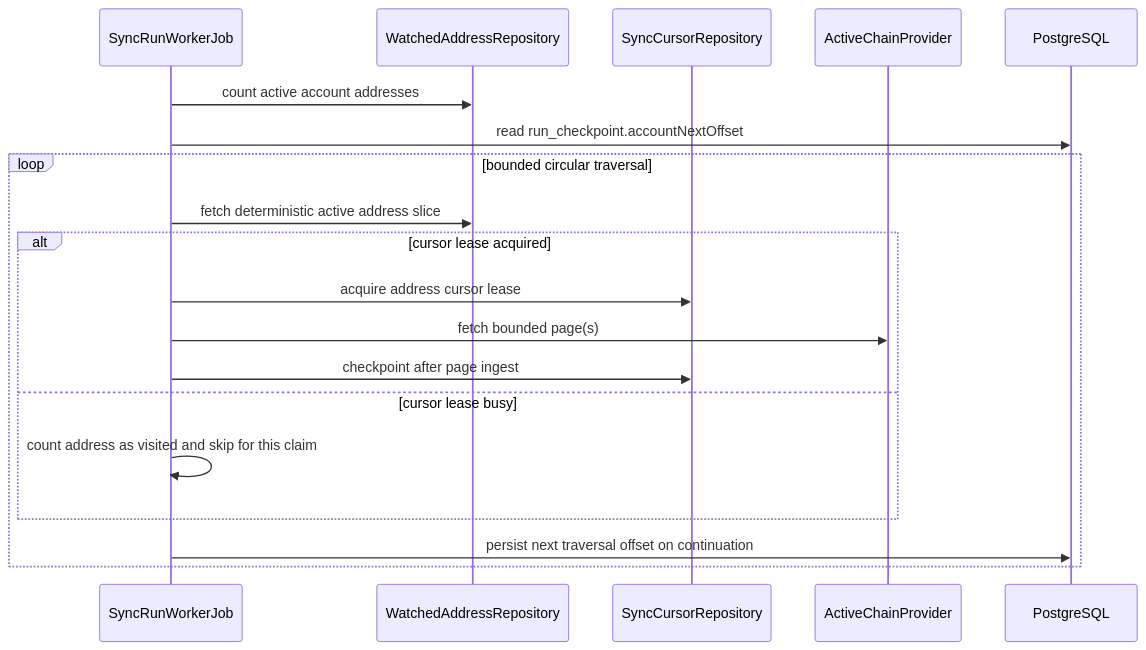
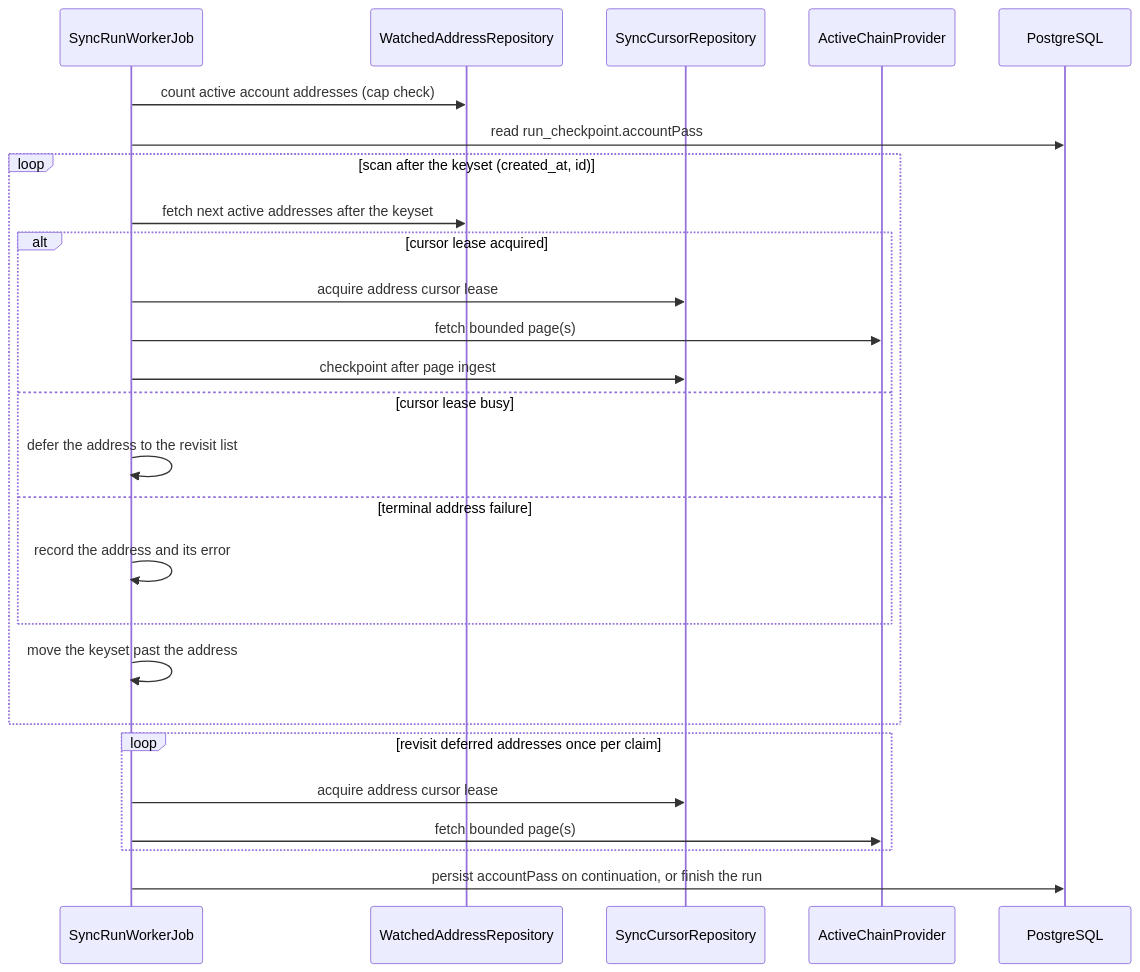
Before and after one commit to AsyncAssassin/asset-sync-service: the third of 8 diagrams in docs/architecture.md, drawn with Mermaid. The commit also changed other lines of this file and 29 other files, not shown here.

````diff
--- a/docs/architecture.md
+++ b/docs/architecture.md
@@ -203,22 +219,29 @@
 ```mermaid
 sequenceDiagram
     participant Worker as SyncRunWorkerJob
     participant Repo as WatchedAddressRepository
     participant Cursor as SyncCursorRepository
     participant Provider as ActiveChainProvider
     participant DB as PostgreSQL
 
-    Worker->>Repo: count active account addresses
-    Worker->>DB: read run_checkpoint.accountNextOffset
-    loop bounded circular traversal
-        Worker->>Repo: fetch deterministic active address slice
+    Worker->>Repo: count active account addresses (cap check)
+    Worker->>DB: read run_checkpoint.accountPass
+    loop scan after the keyset (created_at, id)
+        Worker->>Repo: fetch next active addresses after the keyset
         alt cursor lease acquired
             Worker->>Cursor: acquire address cursor lease
             Worker->>Provider: fetch bounded page(s)
             Worker->>Cursor: checkpoint after page ingest
         else cursor lease busy
-            Worker->>Worker: count address as visited and skip for this claim
+            Worker->>Worker: defer the address to the revisit list
+        else terminal address failure
+            Worker->>Worker: record the address and its error
         end
-        Worker->>DB: persist next traversal offset on continuation
+        Worker->>Worker: move the keyset past the address
     end
+    loop revisit deferred addresses once per claim
+        Worker->>Cursor: acquire address cursor lease
+        Worker->>Provider: fetch bounded page(s)
+    end
+    Worker->>DB: persist accountPass on continuation, or finish the run
 ```
````
